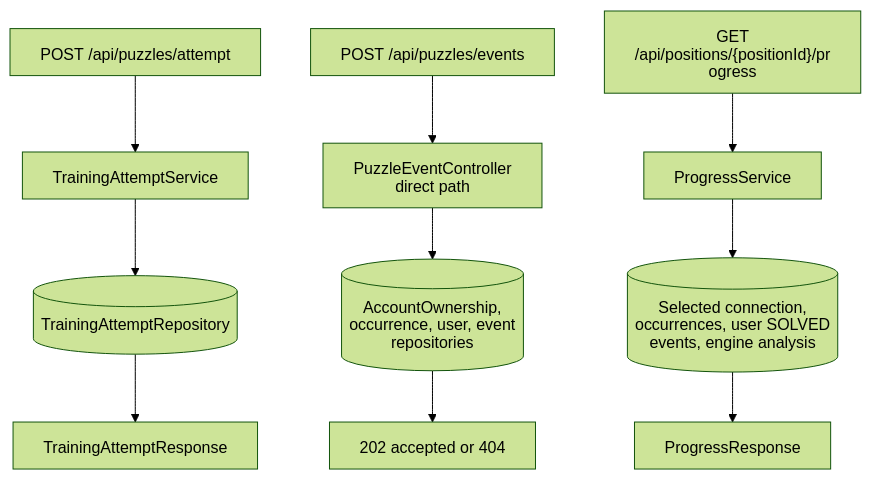
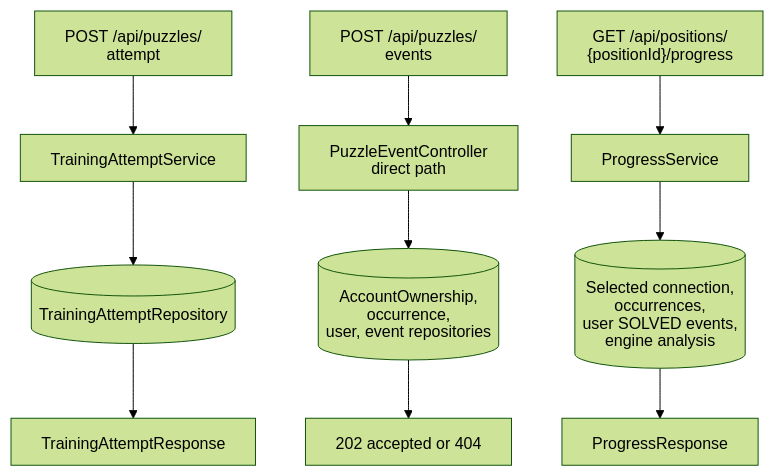
One commit to NathanZK/ChessEcho changed the seventh of 11 diagrams in docs/architecture/backend-architecture.md. Above: the diagram before and after it, drawn with Mermaid (forest theme). The commit also changed other lines of this file and 13 other files, not shown here.

Commit message:
docs(architecture): reconcile ChessProbe documentation architecture, system topology, API contract, and testing specifications (#785)

````diff
--- a/docs/architecture/backend-architecture.md
+++ b/docs/architecture/backend-architecture.md
@@ -230,13 +278,13 @@
 ```mermaid
 %%{init: {"htmlLabels": false, "flowchart": {"htmlLabels": false, "diagramPadding": 120}}}%%
 flowchart TB
-    AttemptRoute[POST /api/puzzles/attempt] --> AttemptService[TrainingAttemptService]
+    AttemptRoute["POST /api/puzzles/<br/>attempt"] --> AttemptService[TrainingAttemptService]
     AttemptService --> AttemptRepo[(TrainingAttemptRepository)]
     AttemptRepo --> AttemptResponse[TrainingAttemptResponse]
-    EventRoute[POST /api/puzzles/events] --> EventController[PuzzleEventController direct path]
-    EventController --> EventRepos[(AccountOwnership, occurrence, user, event repositories)]
+    EventRoute["POST /api/puzzles/<br/>events"] --> EventController["PuzzleEventController<br/>direct path"]
+    EventController --> EventRepos[("AccountOwnership, occurrence,<br/>user, event repositories")]
     EventRepos --> EventResponse[202 accepted or 404]
-    ProgressRoute["GET /api/positions/{positionId}/progress"] --> Progress[ProgressService]
-    Progress --> ProgressRepos[(Selected connection, occurrences, user SOLVED events, engine analysis)]
+    ProgressRoute["GET /api/positions/<br/>{positionId}/progress"] --> Progress[ProgressService]
+    Progress --> ProgressRepos[("Selected connection, occurrences,<br/>user SOLVED events,<br/>engine analysis")]
     ProgressRepos --> ProgressResponse[ProgressResponse]
 ```
````
